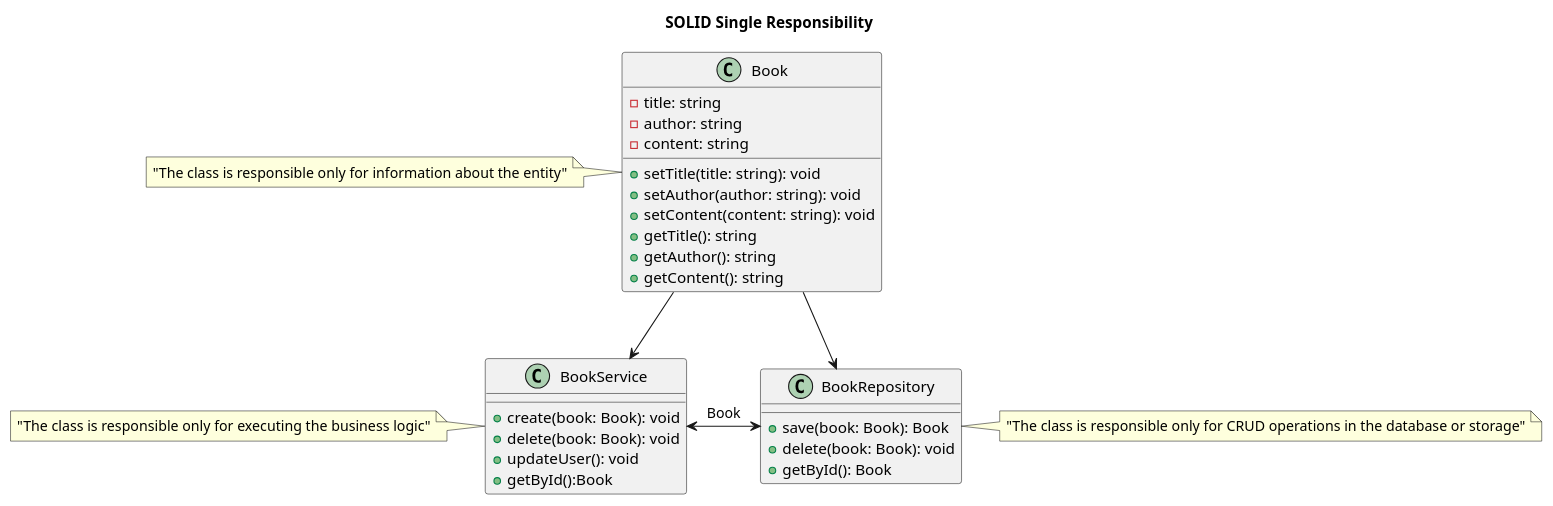
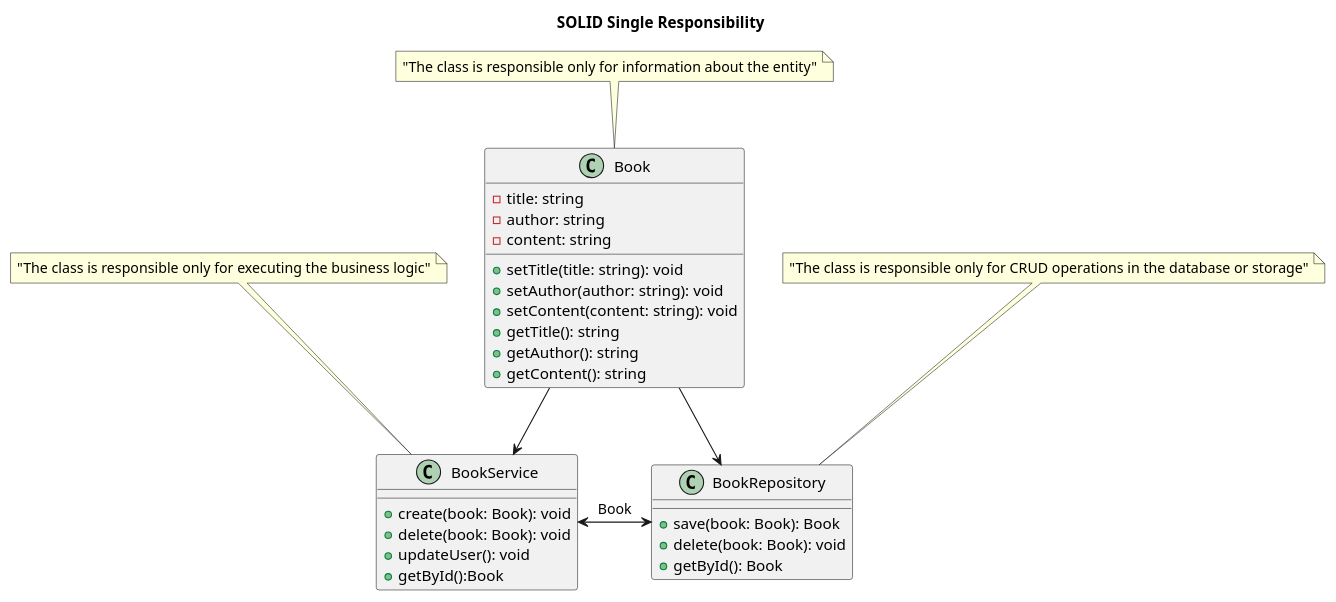
One commit to FedorIzvekov/uml changed the diagram in uml/Solid/SingleResponsibility.puml. Above: the diagram before and after it, drawn with PlantUML. The commit also changed 3 other files, not shown here.

Commit message:
ref uml schemas SOLID

```diff
--- a/uml/Solid/SingleResponsibility.puml
+++ b/uml/Solid/SingleResponsibility.puml
@@ -1,47 +1,47 @@
 @startuml
 
 title SOLID Single Responsibility
 
 class Book {
   -title: string
   -author: string
   -content: string
   +setTitle(title: string): void
   +setAuthor(author: string): void
   +setContent(content: string): void
   +getTitle(): string
   +getAuthor(): string
   +getContent(): string
 }
 
 class BookService {
   +create(book: Book): void
   +delete(book: Book): void
   +updateUser(): void
   +getById():Book
 }
 
 class BookRepository {
   +save(book: Book): Book
   +delete(book: Book): void
   +getById(): Book
 }
 
 Book --> BookRepository
 Book --> BookService
 BookService <-> BookRepository : Book
 
 
-note left of Book
+note top of Book
   "The class is responsible only for information about the entity"
 end note
 
-note right of BookRepository
+note top of BookRepository
   "The class is responsible only for CRUD operations in the database or storage"
 end note
 
-note left of BookService
+note top of BookService
   "The class is responsible only for executing the business logic"
 end note
 
 @enduml
```
